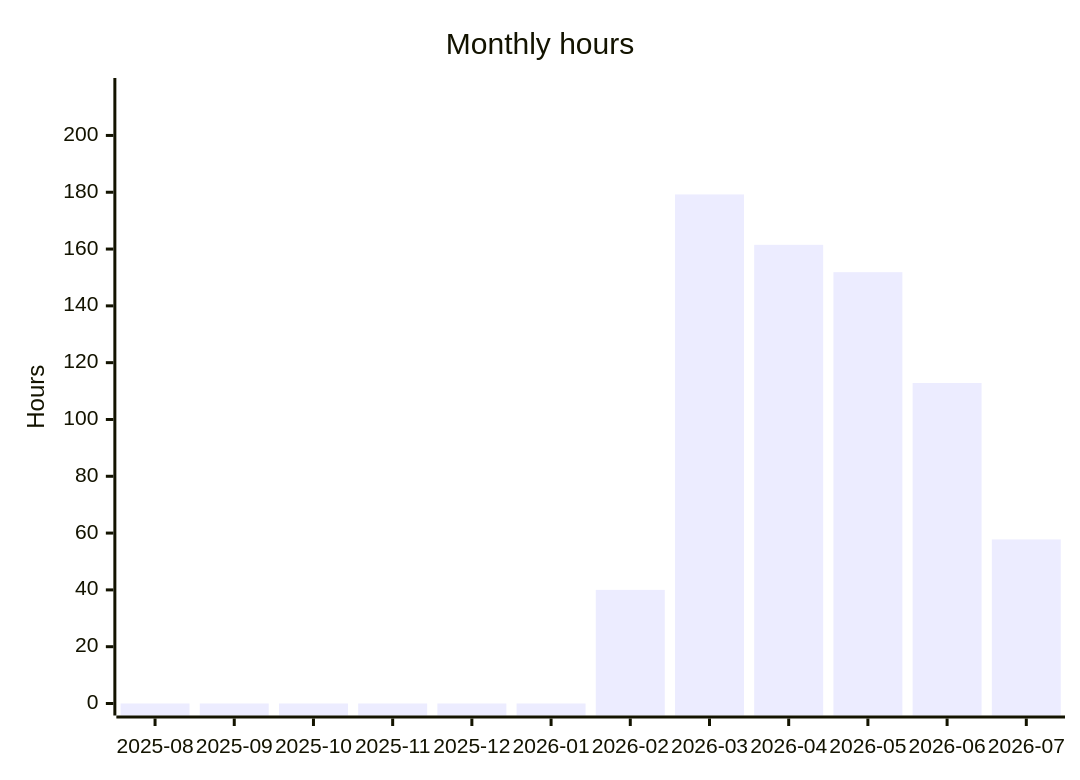
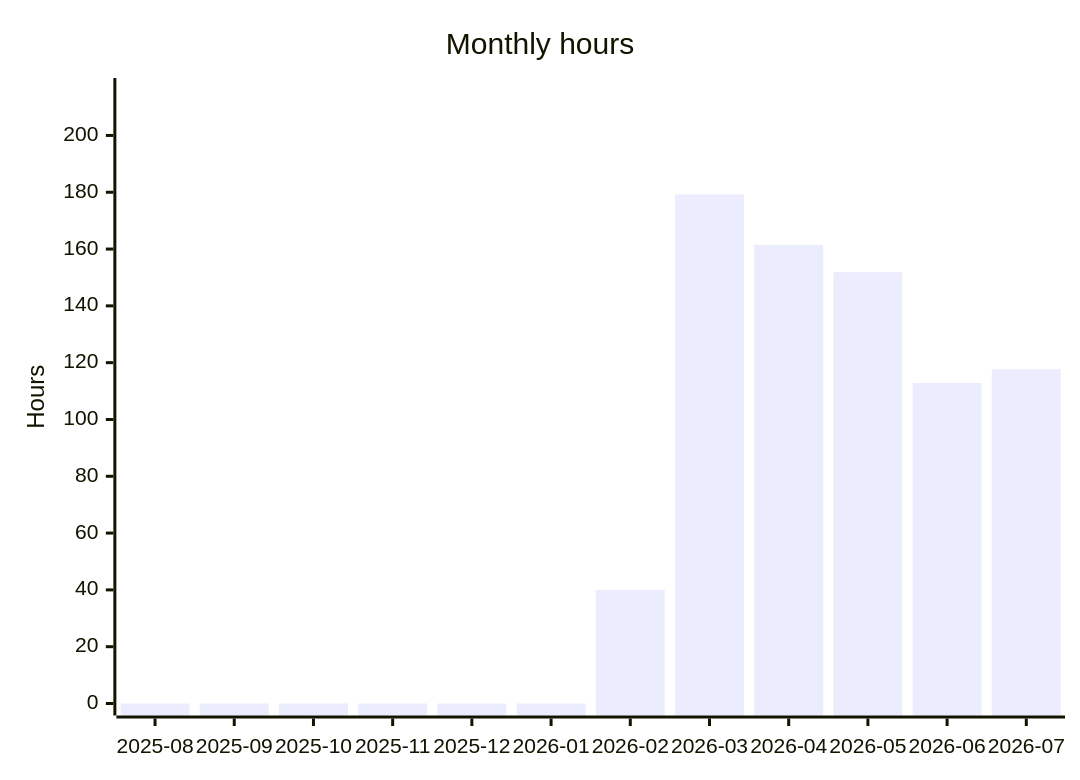
One commit to albinforsberg-netizen/timeclock changed the fourth of 5 diagrams in README.org. Above: the diagram before and after it, drawn with Mermaid. The commit also changed other lines of this file, not shown here.

```diff
--- a/README.org
+++ b/README.org
@@ -118,7 +120,7 @@
 #+begin_src mermaid
 xychart-beta
     title "Monthly hours"
     x-axis ["2025-08", "2025-09", "2025-10", "2025-11", "2025-12", "2026-01", "2026-02", "2026-03", "2026-04", "2026-05", "2026-06", "2026-07"]
     y-axis "Hours" 0 --> 216
-    bar [0.00, 0.00, 0.00, 0.00, 0.00, 0.00, 40.00, 179.23, 161.48, 151.86, 112.85, 57.77]
+    bar [0.00, 0.00, 0.00, 0.00, 0.00, 0.00, 40.00, 179.23, 161.48, 151.86, 112.85, 117.66]
 #+end_src
```
